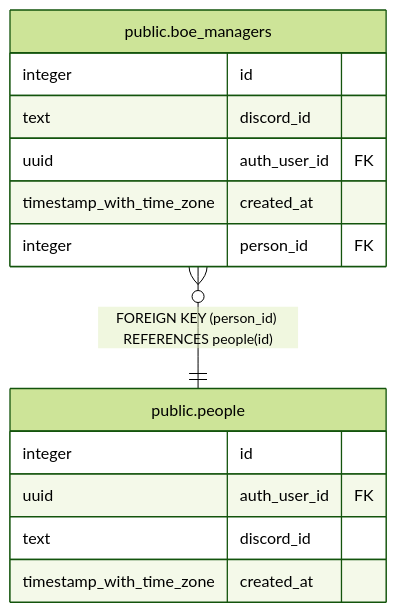
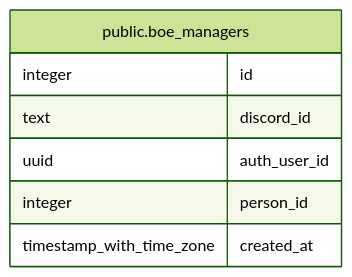
One commit to katogaming88/WGA-Raid-Hub changed the diagram in dbdoc/public.boe_managers.md. Above: the diagram before and after it, drawn with Mermaid (forest theme). The commit also changed other lines of this file and 61 other files, not shown here.

````diff
--- a/dbdoc/public.boe_managers.md
+++ b/dbdoc/public.boe_managers.md
@@ -38,19 +44,12 @@
 ```mermaid
 erDiagram
 
-"public.boe_managers" }o--|| "public.people" : "FOREIGN KEY (person_id) REFERENCES people(id)"
 
 "public.boe_managers" {
   integer id
   text discord_id
-  uuid auth_user_id FK
-  timestamp_with_time_zone created_at
-  integer person_id FK
-}
-"public.people" {
-  integer id
-  uuid auth_user_id FK
-  text discord_id
+  uuid auth_user_id
+  integer person_id
   timestamp_with_time_zone created_at
 }
 ```
````
